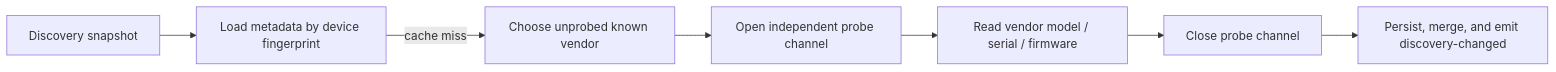
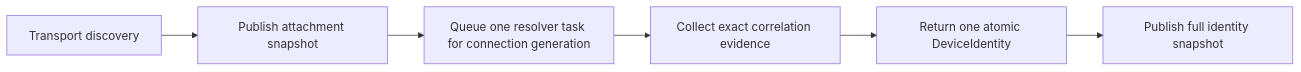
The fourth of 4 diagrams in docs/current-runtime-flows.md (go-ctap/kit), drawn with Mermaid before and after one commit. The commit also changed other lines of this file and 72 other files, not shown here.

Commit message:
refactor: simplify runtime architecture

````diff
--- a/docs/current-runtime-flows.md
+++ b/docs/current-runtime-flows.md
@@ -137,9 +146,8 @@
 ```mermaid
 flowchart LR
-  A["Discovery snapshot"] --> B["Load metadata by device fingerprint"]
-  B -->|cache miss| C["Choose unprobed known vendor"]
-  C --> D["Open independent probe channel"]
-  D --> E["Read vendor model / serial / firmware"]
-  E --> F["Close probe channel"]
-  F --> G["Persist, merge, and emit discovery-changed"]
+  A["Transport discovery"] --> B["Publish attachment snapshot"]
+  B --> C["Queue one resolver task for connection generation"]
+  C --> D["Collect exact correlation evidence"]
+  D --> E["Return one atomic DeviceIdentity"]
+  E --> F["Publish full identity snapshot"]
 ```
````
